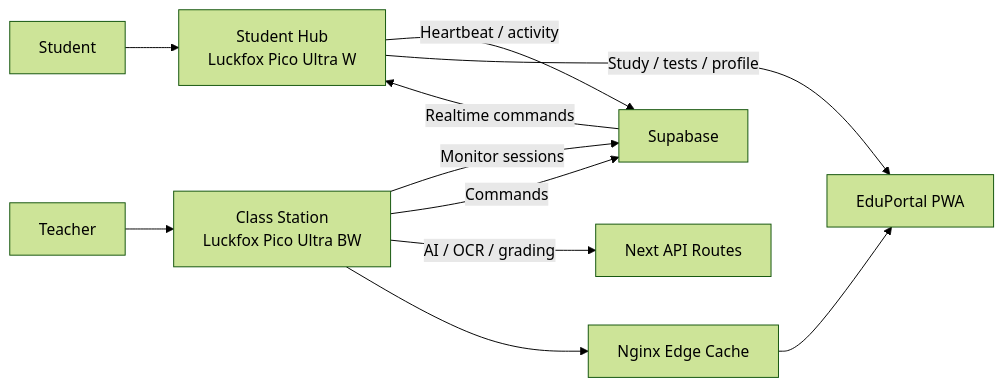
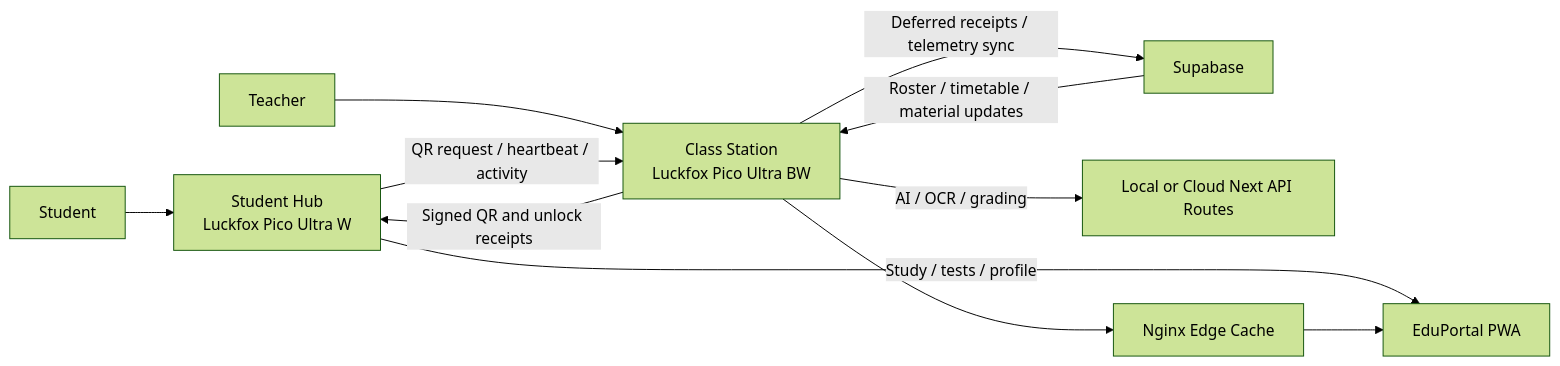
One commit to tecbunny/SCHOOL changed the first of 3 diagrams in HARDWARE_TECHNICAL_DETAILS.md. Above: the diagram before and after it, drawn with Mermaid (forest theme). The commit also changed other lines of this file and 8 other files, not shown here.

Commit message:
feat: implement local-first QR session and verification flow for classroom stations

````diff
--- a/HARDWARE_TECHNICAL_DETAILS.md
+++ b/HARDWARE_TECHNICAL_DETAILS.md
@@ -303,13 +308,13 @@
 ```mermaid
 flowchart LR
   Student["Student"] --> Hub["Student Hub\nLuckfox Pico Ultra W"]
   Teacher["Teacher"] --> Station["Class Station\nLuckfox Pico Ultra BW"]
-  Hub -->|Heartbeat / activity| Supabase["Supabase"]
-  Station -->|Monitor sessions| Supabase
-  Station -->|Commands| Supabase
-  Supabase -->|Realtime commands| Hub
-  Station -->|AI / OCR / grading| NextApi["Next API Routes"]
+  Hub -->|QR request / heartbeat / activity| Station
+  Station -->|Signed QR and unlock receipts| Hub
+  Station -->|Deferred receipts / telemetry sync| Supabase["Supabase"]
+  Supabase -->|Roster / timetable / material updates| Station
+  Station -->|AI / OCR / grading| NextApi["Local or Cloud Next API Routes"]
   Hub -->|Study / tests / profile| NextApp["EduPortal PWA"]
   Station --> Cache["Nginx Edge Cache"]
   Cache --> NextApp
 ```
````
